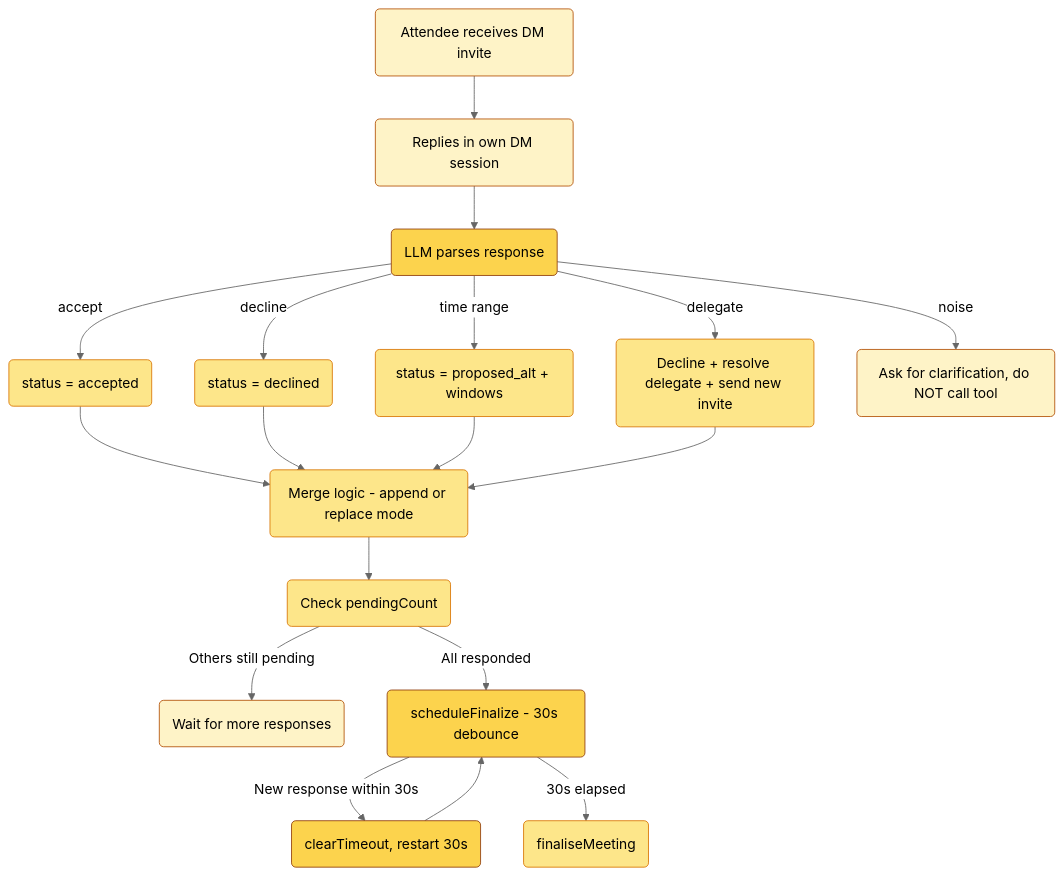
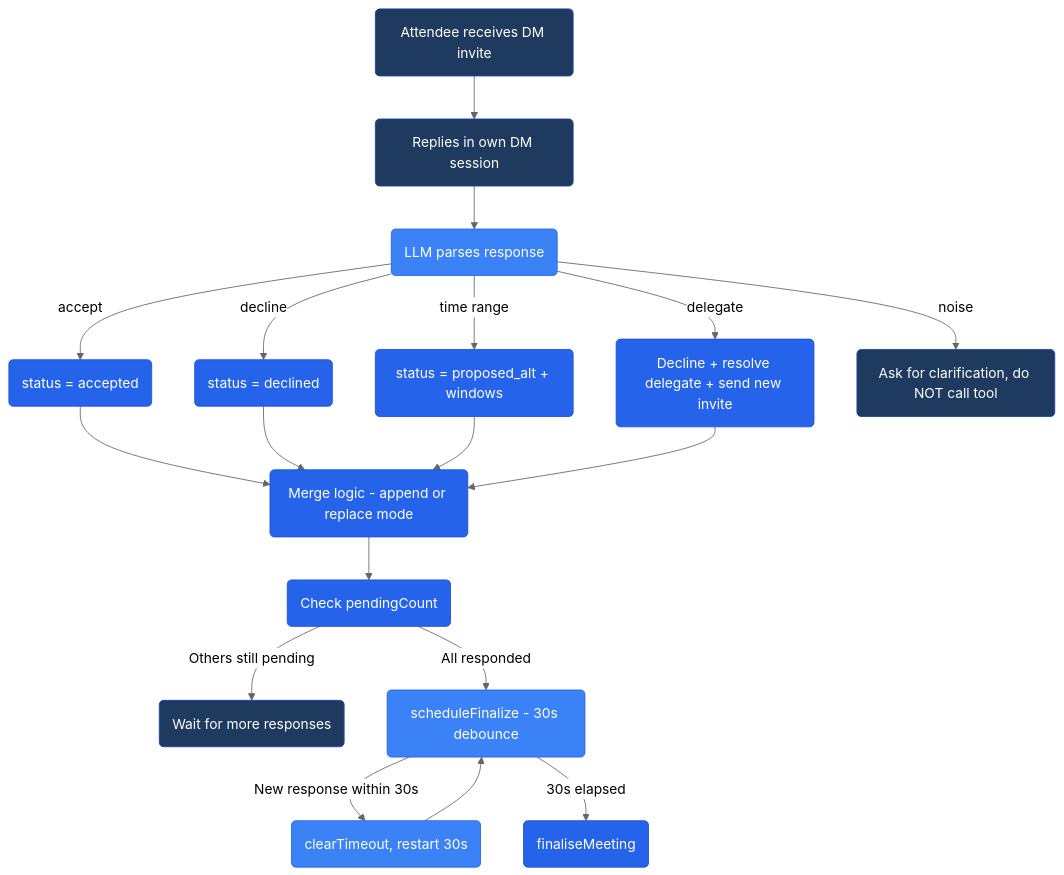
Before and after one commit to javana3/claw_meeting_all: the fourth of 13 diagrams in README.md, drawn with Mermaid (neutral theme). The commit also changed other lines of this file, not shown here.

Commit message:
Modernize diagrams with blue tech color scheme

````diff
--- a/README.md
+++ b/README.md
@@ -131,37 +131,37 @@
 ```mermaid
 graph TD
     A(Attendee receives DM invite) --> B(Replies in own DM session)
     B --> C(LLM parses response)
     C -->|accept| D(status = accepted)
     C -->|decline| E(status = declined)
     C -->|time range| F(status = proposed_alt + windows)
     C -->|delegate| G(Decline + resolve delegate + send new invite)
     C -->|noise| H(Ask for clarification, do NOT call tool)
 
     D --> MERGE(Merge logic - append or replace mode)
     E --> MERGE
     F --> MERGE
     G --> MERGE
 
     MERGE --> CHECK(Check pendingCount)
     CHECK -->|Others still pending| WAIT(Wait for more responses)
     CHECK -->|All responded| DEBOUNCE(scheduleFinalize - 30s debounce)
     DEBOUNCE -->|New response within 30s| RESET(clearTimeout, restart 30s)
     RESET --> DEBOUNCE
     DEBOUNCE -->|30s elapsed| FINAL(finaliseMeeting)
 
-    style MERGE fill:#fde68a,stroke:#d97706,color:#000
-    style DEBOUNCE fill:#fcd34d,stroke:#92400e,color:#000
-    style FINAL fill:#fde68a,stroke:#d97706,color:#000
-    style A fill:#fef3c7,stroke:#b45309,color:#000
-    style B fill:#fef3c7,stroke:#b45309,color:#000
-    style C fill:#fcd34d,stroke:#92400e,color:#000
-    style D fill:#fde68a,stroke:#d97706,color:#000
-    style E fill:#fde68a,stroke:#d97706,color:#000
-    style F fill:#fde68a,stroke:#d97706,color:#000
-    style G fill:#fde68a,stroke:#d97706,color:#000
-    style H fill:#fef3c7,stroke:#b45309,color:#000
-    style CHECK fill:#fde68a,stroke:#d97706,color:#000
-    style WAIT fill:#fef3c7,stroke:#b45309,color:#000
-    style RESET fill:#fcd34d,stroke:#92400e,color:#000
+    style MERGE fill:#2563eb,stroke:#1d4ed8,color:#fff
+    style DEBOUNCE fill:#3b82f6,stroke:#2563eb,color:#fff
+    style FINAL fill:#2563eb,stroke:#1d4ed8,color:#fff
+    style A fill:#1e3a5f,stroke:#1e40af,color:#fff
+    style B fill:#1e3a5f,stroke:#1e40af,color:#fff
+    style C fill:#3b82f6,stroke:#2563eb,color:#fff
+    style D fill:#2563eb,stroke:#1d4ed8,color:#fff
+    style E fill:#2563eb,stroke:#1d4ed8,color:#fff
+    style F fill:#2563eb,stroke:#1d4ed8,color:#fff
+    style G fill:#2563eb,stroke:#1d4ed8,color:#fff
+    style H fill:#1e3a5f,stroke:#1e40af,color:#fff
+    style CHECK fill:#2563eb,stroke:#1d4ed8,color:#fff
+    style WAIT fill:#1e3a5f,stroke:#1e40af,color:#fff
+    style RESET fill:#3b82f6,stroke:#2563eb,color:#fff
 ```
````
